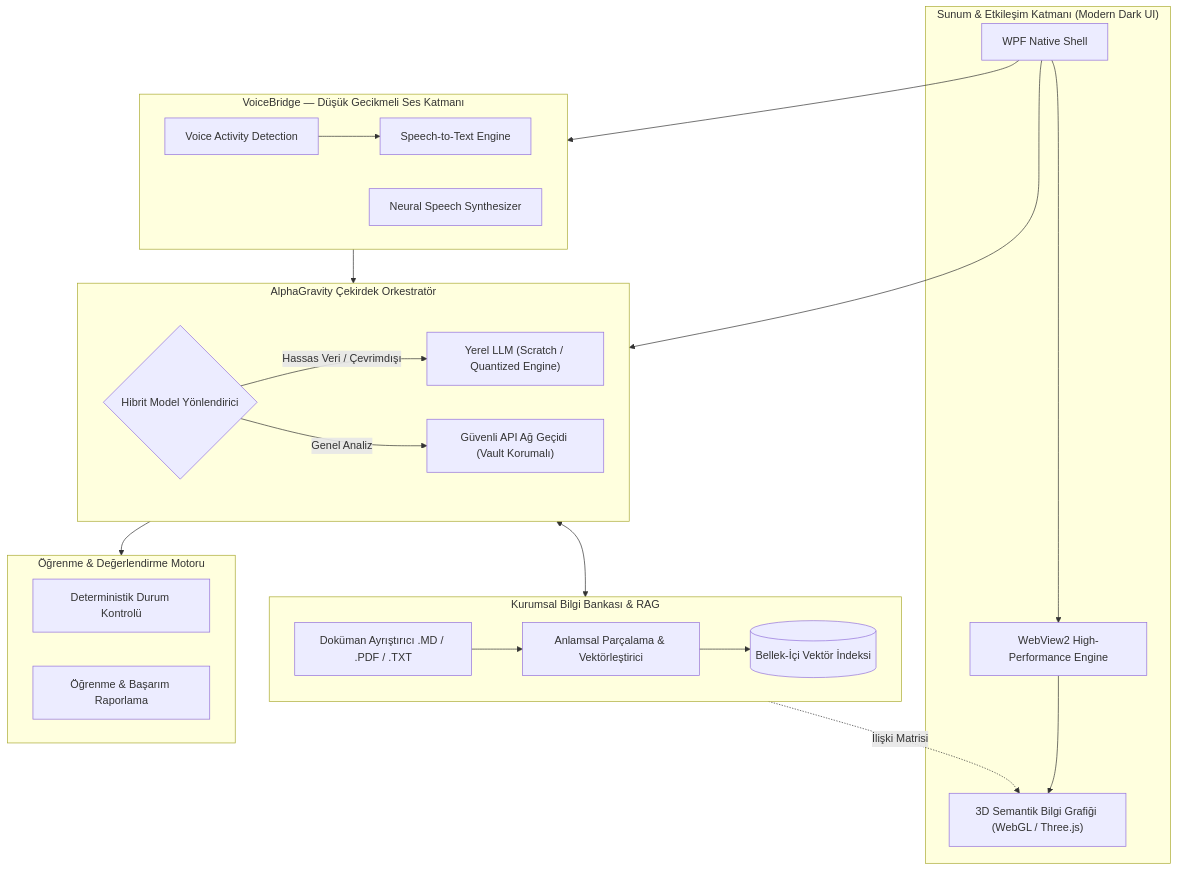
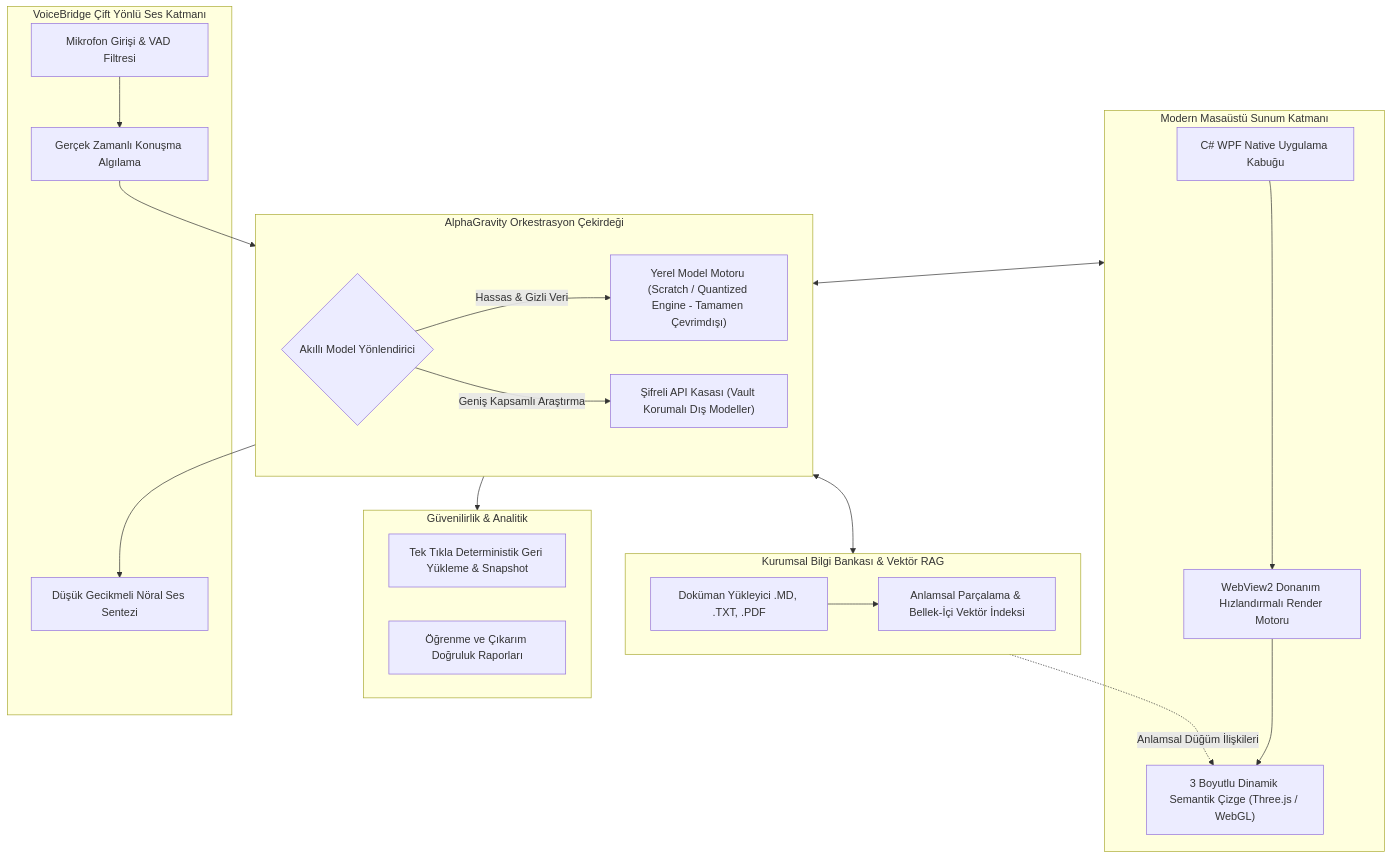
The third of 3 diagrams in README.md (alphankilicaslan/alphankilicaslan), drawn with Mermaid before and after one commit. The commit also changed other lines of this file, not shown here.

Commit message:
docs: emphasize computer programmer identity and deeply elaborate AlpNet and AlpFinans architectures

````diff
--- a/README.md
+++ b/README.md
@@ -59,44 +178,42 @@
 ```mermaid
 flowchart TB
-    subgraph UI_Layer["Sunum & Etkileşim Katmanı (Modern Dark UI)"]
-        UI[WPF Native Shell]
-        WV[WebView2 High-Performance Engine]
-        Graph3D["3D Semantik Bilgi Grafiği (WebGL / Three.js)"]
-        WV --> Graph3D
-        UI --> WV
+    subgraph Presentation["Modern Masaüstü Sunum Katmanı"]
+        WPF_App[C# WPF Native Uygulama Kabuğu]
+        WebView[WebView2 Donanım Hızlandırmalı Render Motoru]
+        ThreeJS["3 Boyutlu Dinamik Semantik Çizge (Three.js / WebGL)"]
+        WPF_App --> WebView --> ThreeJS
     end
 
-    subgraph Voice_Layer["VoiceBridge — Düşük Gecikmeli Ses Katmanı"]
-        VAD[Voice Activity Detection]
-        STT[Speech-to-Text Engine]
-        TTS[Neural Speech Synthesizer]
-        VAD --> STT
+    subgraph Audio_Pipeline["VoiceBridge Çift Yönlü Ses Katmanı"]
+        Mic[Mikrofon Girişi & VAD Filtresi]
+        SpeechRec[Gerçek Zamanlı Konuşma Algılama]
+        NeuralTTS[Düşük Gecikmeli Nöral Ses Sentezi]
+        Mic --> SpeechRec
     end
 
-    subgraph Core_Engine["AlphaGravity Çekirdek Orkestratör"]
-        Router{Hibrit Model Yönlendirici}
-        LocalLLM["Yerel LLM (Scratch / Quantized Engine)"]
-        CloudLLM["Güvenli API Ağ Geçidi (Vault Korumalı)"]
-        Router -->|Hassas Veri / Çevrimdışı| LocalLLM
-        Router -->|Genel Analiz| CloudLLM
+    subgraph Intelligent_Core["AlphaGravity Orkestrasyon Çekirdeği"]
+        ModelRouter{Akıllı Model Yönlendirici}
+        Local_Inference["Yerel Model Motoru (Scratch / Quantized Engine - Tamamen Çevrimdışı)"]
+        Cloud_Gateway["Şifreli API Kasası (Vault Korumalı Dış Modeller)"]
+        ModelRouter -->|Hassas & Gizli Veri| Local_Inference
+        ModelRouter -->|Geniş Kapsamlı Araştırma| Cloud_Gateway
     end
 
-    subgraph Knowledge_Layer["Kurumsal Bilgi Bankası & RAG"]
-        DocParser[Doküman Ayrıştırıcı .MD / .PDF / .TXT]
-        Chunker[Anlamsal Parçalama & Vektörleştirici]
-        VectorStore[(Bellek-İçi Vektör İndeksi)]
-        DocParser --> Chunker --> VectorStore
+    subgraph Knowledge_Base["Kurumsal Bilgi Bankası & Vektör RAG"]
+        FileIngest[Doküman Yükleyici .MD, .TXT, .PDF]
+        VectorEngine[Anlamsal Parçalama & Bellek-İçi Vektör İndeksi]
+        FileIngest --> VectorEngine
     end
 
-    subgraph Analytics_Layer["Öğrenme & Değerlendirme Motoru"]
-        Checkpoint[Deterministik Durum Kontrolü]
-        LearningReport[Öğrenme & Başarım Raporlama]
+    subgraph Reliability["Güvenilirlik & Analitik"]
+        Checkpoints[Tek Tıkla Deterministik Geri Yükleme & Snapshot]
+        Reports[Öğrenme ve Çıkarım Doğruluk Raporları]
     end
 
-    UI --> Voice_Layer
-    Voice_Layer --> Core_Engine
-    UI --> Core_Engine
-    Core_Engine <--> Knowledge_Layer
-    Core_Engine --> Analytics_Layer
-    Knowledge_Layer -.->|İlişki Matrisi| Graph3D
+    Presentation <--> Intelligent_Core
+    SpeechRec --> Intelligent_Core
+    Intelligent_Core --> NeuralTTS
+    Intelligent_Core <--> Knowledge_Base
+    Intelligent_Core --> Reliability
+    Knowledge_Base -.->|Anlamsal Düğüm İlişkileri| ThreeJS
 ```
````
